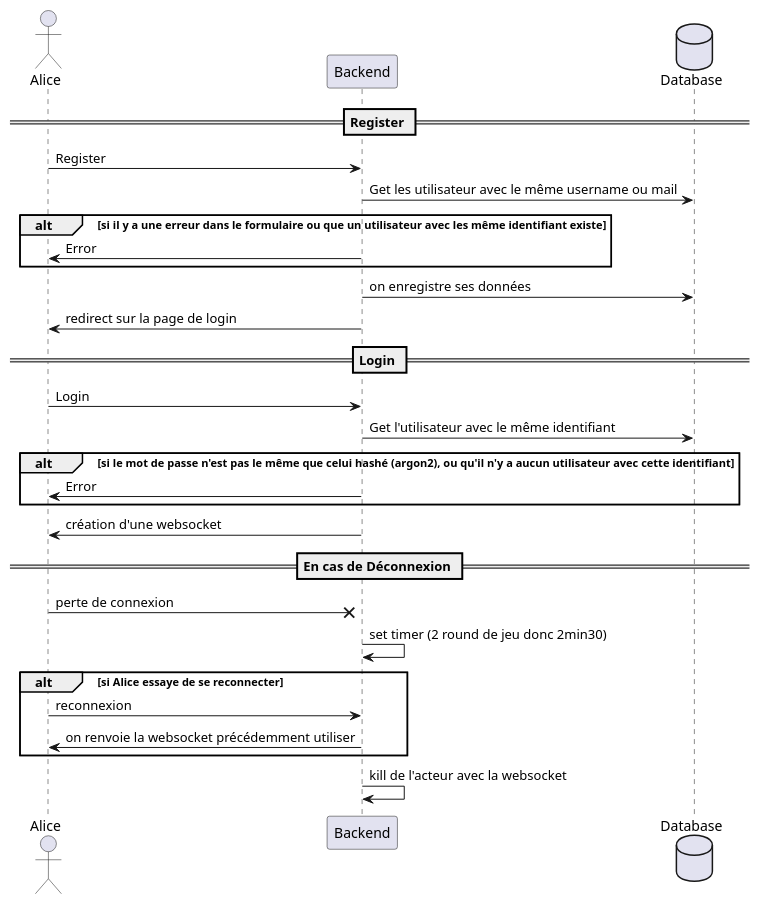
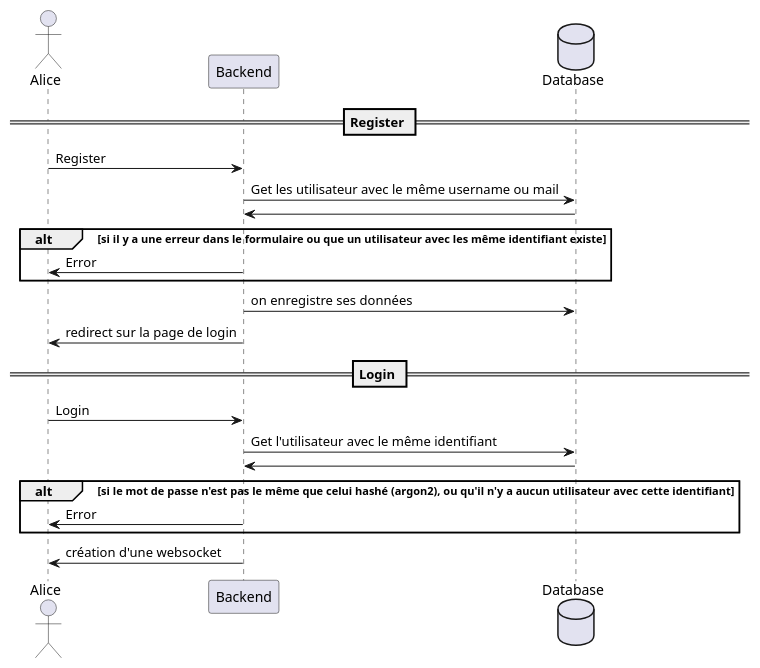
Before and after one commit to skyrag/travail_de_bachelor: the diagram in SchémaEtDocument/Connexion.puml, drawn with PlantUML. The commit also changed 103 other files, not shown here.

Commit message:
fin acteur et backend avec rapport

```diff
--- a/SchémaEtDocument/Connexion.puml
+++ b/SchémaEtDocument/Connexion.puml
@@ -1,42 +1,35 @@
 @startuml
 'https://plantuml.com/sequence-diagram
 
 actor       Alice       as Alice
 participant Backend as Backend
 database    Database    as DB
 
 
 == Register ==
 
 
 Alice -> Backend: Register
 Backend -> DB : Get les utilisateur avec le même username ou mail
+DB -> Backend
 alt si il y a une erreur dans le formulaire ou que un utilisateur avec les même identifiant existe
     Backend -> Alice : Error
 
 end
 Backend -> DB: on enregistre ses données
 Backend -> Alice : redirect sur la page de login
 
 == Login ==
 
 Alice -> Backend: Login
 Backend -> DB : Get l'utilisateur avec le même identifiant
+DB -> Backend
 alt si le mot de passe n'est pas le même que celui hashé (argon2), ou qu'il n'y a aucun utilisateur avec cette identifiant
     Backend -> Alice : Error
 end
 Backend -> Alice : création d'une websocket
 
 
-== En cas de Déconnexion ==
-Alice ->x Backend : perte de connexion
-Backend -> Backend : set timer (2 round de jeu donc 2min30)
-alt si Alice essaye de se reconnecter
-    Alice -> Backend : reconnexion
-    Backend -> Alice : on renvoie la websocket précédemment utiliser
-end
-Backend -> Backend : kill de l'acteur avec la websocket
-
 
 
 @enduml
```
